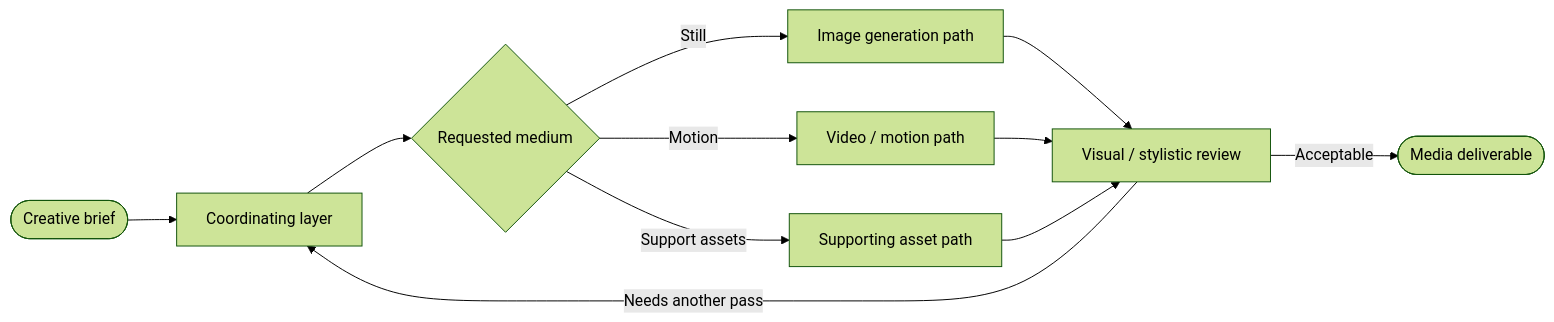
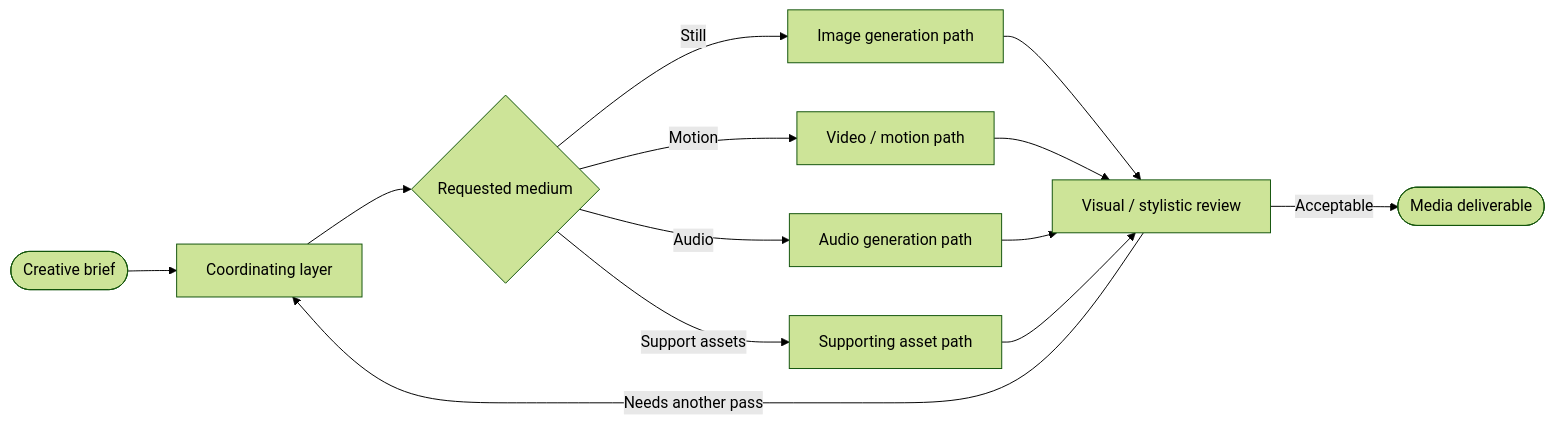
The first of 2 diagrams in Beunec Docs/rivine agentic engines/rivine_creative.md (Beunec/beunec-site-staging), drawn with Mermaid (forest theme) before and after one commit. The commit also changed other lines of this file and 31 other files, not shown here.

````diff
--- a/Beunec Docs/rivine agentic engines/rivine_creative.md
+++ b/Beunec Docs/rivine agentic engines/rivine_creative.md
@@ -5,13 +13,15 @@
 ```mermaid
 flowchart LR
     Brief([Creative brief]) --> Coord[Coordinating layer]
     Coord --> Medium{Requested medium}
     Medium -->|Still| Img[Image generation path]
     Medium -->|Motion| Vid[Video / motion path]
+    Medium -->|Audio| Aud[Audio generation path]
     Medium -->|Support assets| Ast[Supporting asset path]
     Img --> Rev[Visual / stylistic review]
     Vid --> Rev
+    Aud --> Rev
     Ast --> Rev
     Rev -->|Needs another pass| Coord
     Rev -->|Acceptable| Out([Media deliverable])
 ```
````
